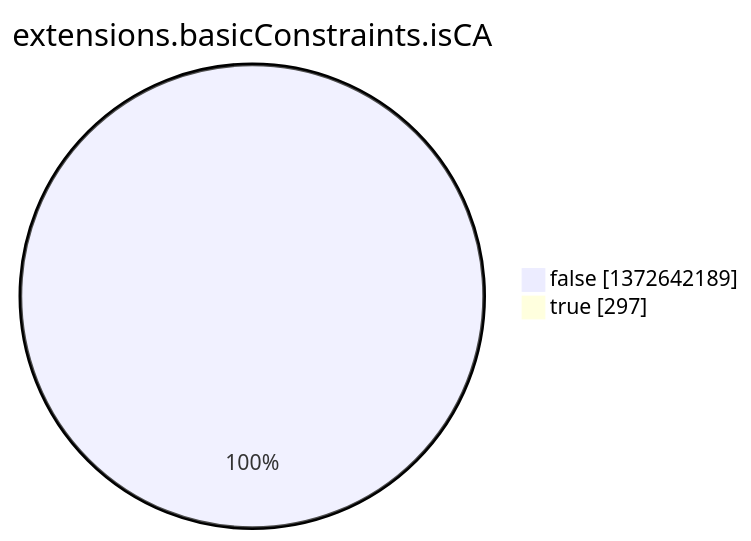
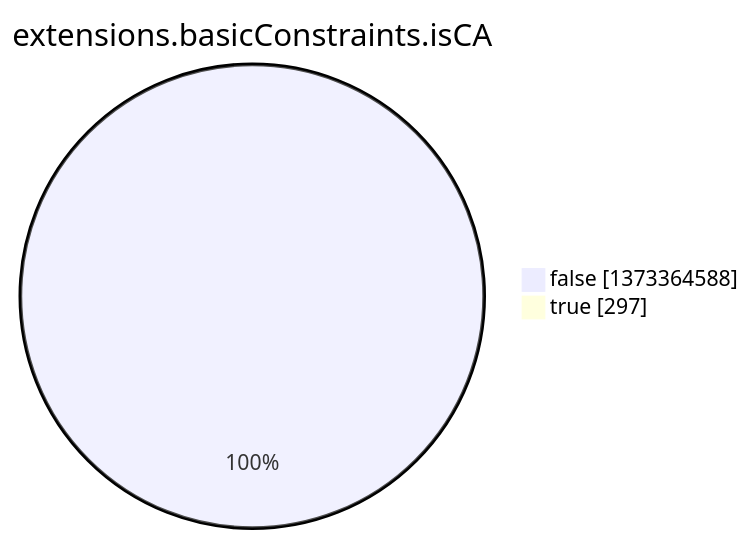
One commit to christiankrug/ctmonitor_visualization changed the eighth of 15 diagrams in argon2022/README.md. Above: the diagram before and after it, drawn with Mermaid. The commit also changed other lines of this file, not shown here.

````diff
--- a/argon2022/README.md
+++ b/argon2022/README.md
@@ -2759,6 +2759,6 @@
 ```mermaid
 pie showData
 title extensions.basicConstraints.isCA
-"false" :1372642189
+"false" :1373364588
 "true" :297
 ```
````
